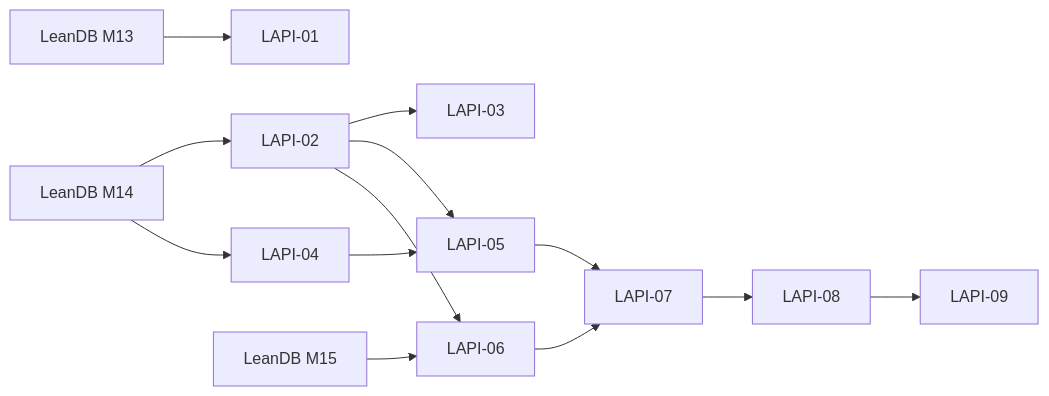
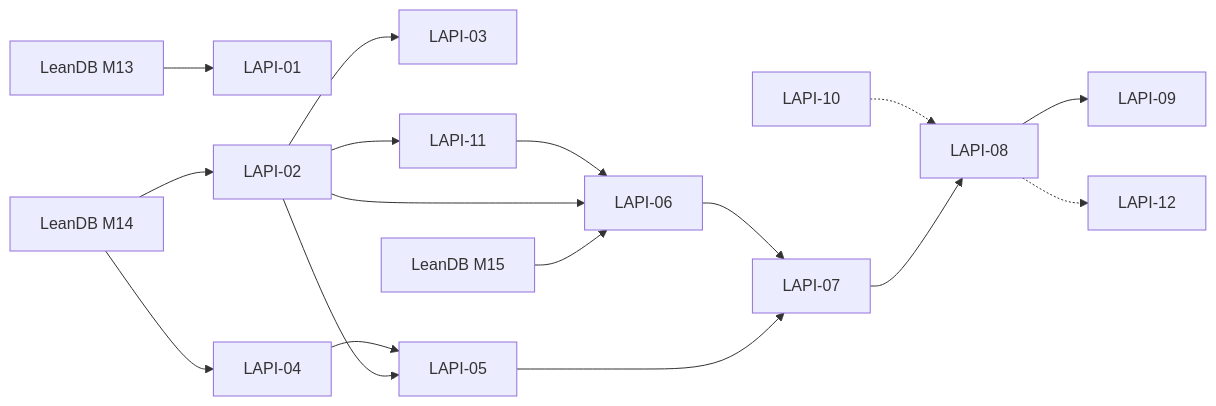
Before and after one commit to theoriclabs/leanapi: the diagram in tickets/README.md, drawn with Mermaid. The commit also changed other lines of this file and 12 other files, not shown here.

````diff
--- a/tickets/README.md
+++ b/tickets/README.md
@@ -24,15 +32,19 @@
 ```mermaid
 flowchart LR
     DB13["LeanDB M13"] --> L1["LAPI-01"]
     DB14["LeanDB M14"] --> L2["LAPI-02"]
     DB14 --> L4["LAPI-04"]
     L2 --> L3["LAPI-03"]
     L2 --> L5["LAPI-05"]
     L4 --> L5
     DB15["LeanDB M15"] --> L6["LAPI-06"]
     L2 --> L6
     L5 --> L7["LAPI-07"]
     L6 --> L7
     L7 --> L8["LAPI-08"]
     L8 --> L9["LAPI-09"]
+    L2 --> L11["LAPI-11"]
+    L11 --> L6
+    L8 -.-> L12["LAPI-12"]
+    L10["LAPI-10"] -.-> L8
 ```
````
